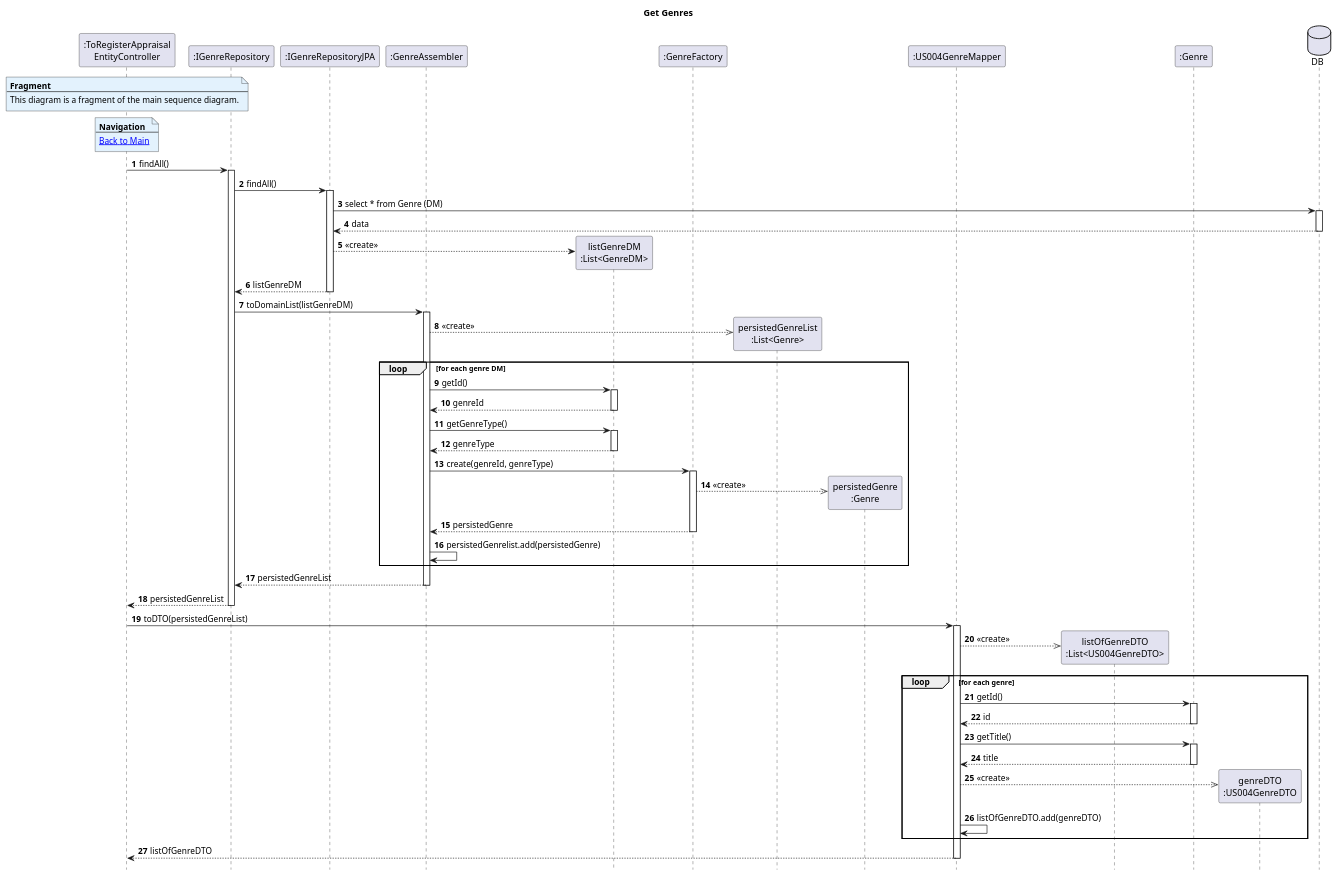
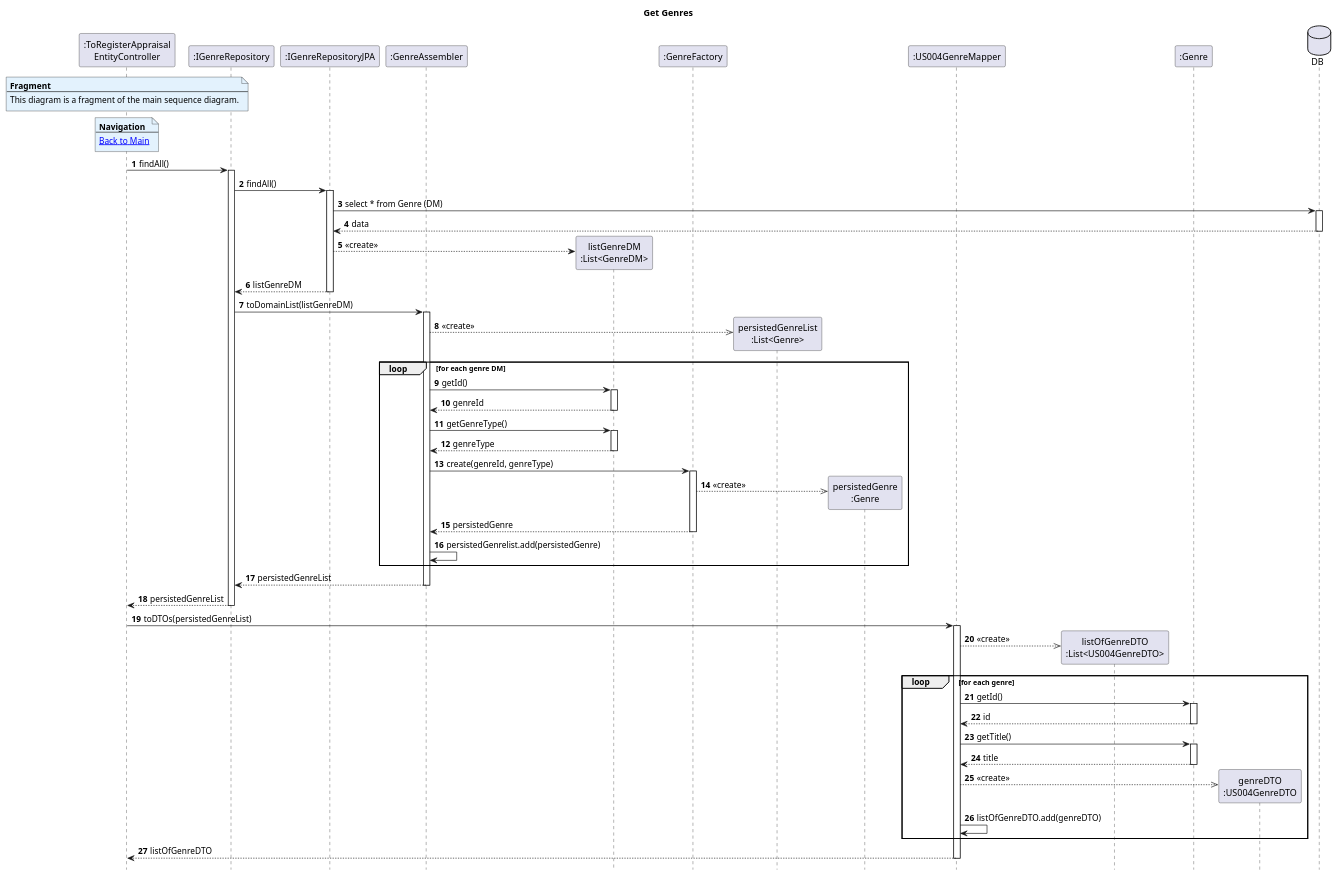
The diagram in Diagrams/SequenceDiagrams/N2/To-register-an-Appraisal-Entity/2.GetGenres.puml (AndrePereiraGitH/SWitCH-Project-Team_A), drawn with PlantUML before and after one commit. The commit also changed 6 other files, not shown here.

```diff
--- a/Diagrams/SequenceDiagrams/N2/To-register-an-Appraisal-Entity/2.GetGenres.puml
+++ b/Diagrams/SequenceDiagrams/N2/To-register-an-Appraisal-Entity/2.GetGenres.puml
@@ -1,105 +1,105 @@
 @startuml
 hide footbox
 autonumber
 title Get Genres
 
 participant ":ToRegisterAppraisal\nEntityController" as Controller
 
 participant ":IGenreRepository" as GenreRepo
 participant ":IGenreRepositoryJPA" as RepoJPA
 participant ":GenreAssembler" as GenreAssembler
 participant "listGenreDM\n:List<GenreDM>" as GenreDMs
 participant ":GenreFactory" as GenreFactory
 participant "persistedGenreList\n:List<Genre>" as persistedGenreList
 participant "persistedGenre\n:Genre" as persistedGenre
 
 participant ":US004GenreMapper" as GenreMapper
 participant "listOfGenreDTO\n:List<US004GenreDTO>" as GenreDTO
 participant ":Genre" as Genre
 participant "genreDTO\n:US004GenreDTO" as GDTO
 
 database "DB" as DB
 
 note over Controller #E3F2FD
 <b>Fragment</b>
 ---
 This diagram is a fragment of the main sequence diagram.
 end note
 
 note over Controller #E3F2FD
 <b>Navigation</b>
 ---
 [[1.MainDiagram.puml Back to Main]]
 end note
 
 Controller -> GenreRepo : findAll()
 activate GenreRepo
 
 GenreRepo -> RepoJPA : findAll()
 activate RepoJPA
 
 RepoJPA -> DB : select * from Genre (DM)
 activate DB
 DB --> RepoJPA : data
 deactivate DB
 
 RepoJPA --> GenreDMs ** : <<create>>
 RepoJPA --> GenreRepo : listGenreDM
 deactivate RepoJPA
 
 GenreRepo -> GenreAssembler : toDomainList(listGenreDM)
 activate GenreAssembler
 
 GenreAssembler -->> persistedGenreList ** : <<create>>
 
 loop for each genre DM
     GenreAssembler -> GenreDMs : getId()
     activate GenreDMs
     GenreDMs --> GenreAssembler : genreId
     deactivate GenreDMs
 
     GenreAssembler -> GenreDMs : getGenreType()
     activate GenreDMs
     GenreDMs --> GenreAssembler : genreType
     deactivate GenreDMs
 
     GenreAssembler -> GenreFactory : create(genreId, genreType)
     activate GenreFactory
     GenreFactory -->> persistedGenre ** : <<create>>
     GenreFactory --> GenreAssembler : persistedGenre
     deactivate GenreFactory
 
     GenreAssembler -> GenreAssembler : persistedGenrelist.add(persistedGenre)
 end
 
 GenreAssembler --> GenreRepo : persistedGenreList
 deactivate GenreAssembler
 
 GenreRepo --> Controller : persistedGenreList
 deactivate GenreRepo
 
-Controller -> GenreMapper : toDTO(persistedGenreList)
+Controller -> GenreMapper : toDTOs(persistedGenreList)
 activate GenreMapper
 
 GenreMapper -->> GenreDTO ** : <<create>>
 
 loop for each genre
     GenreMapper -> Genre : getId()
     activate Genre
     Genre --> GenreMapper : id
     deactivate Genre
 
     GenreMapper -> Genre : getTitle()
     activate Genre
     Genre --> GenreMapper : title
     deactivate Genre
 
     GenreMapper -->> GDTO ** : <<create>>
     GenreMapper -> GenreMapper : listOfGenreDTO.add(genreDTO)
 end
 
 GenreMapper --> Controller : listOfGenreDTO
 deactivate GenreMapper
 
 
 @enduml
```
